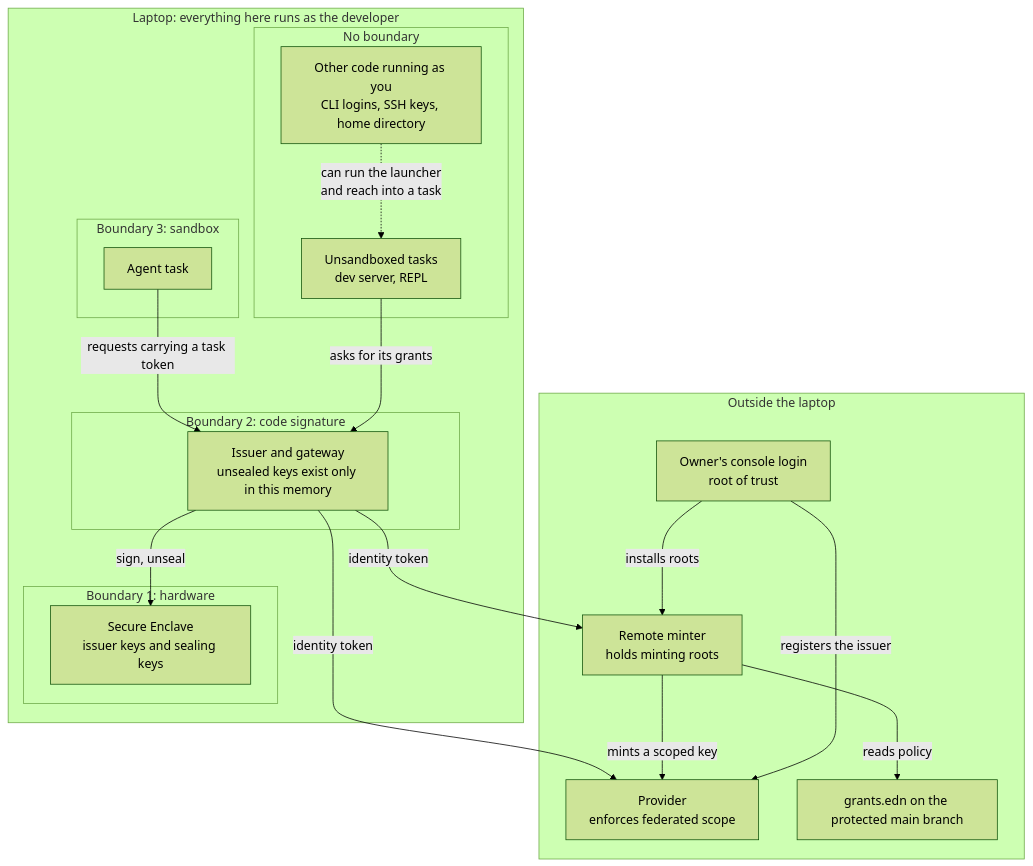
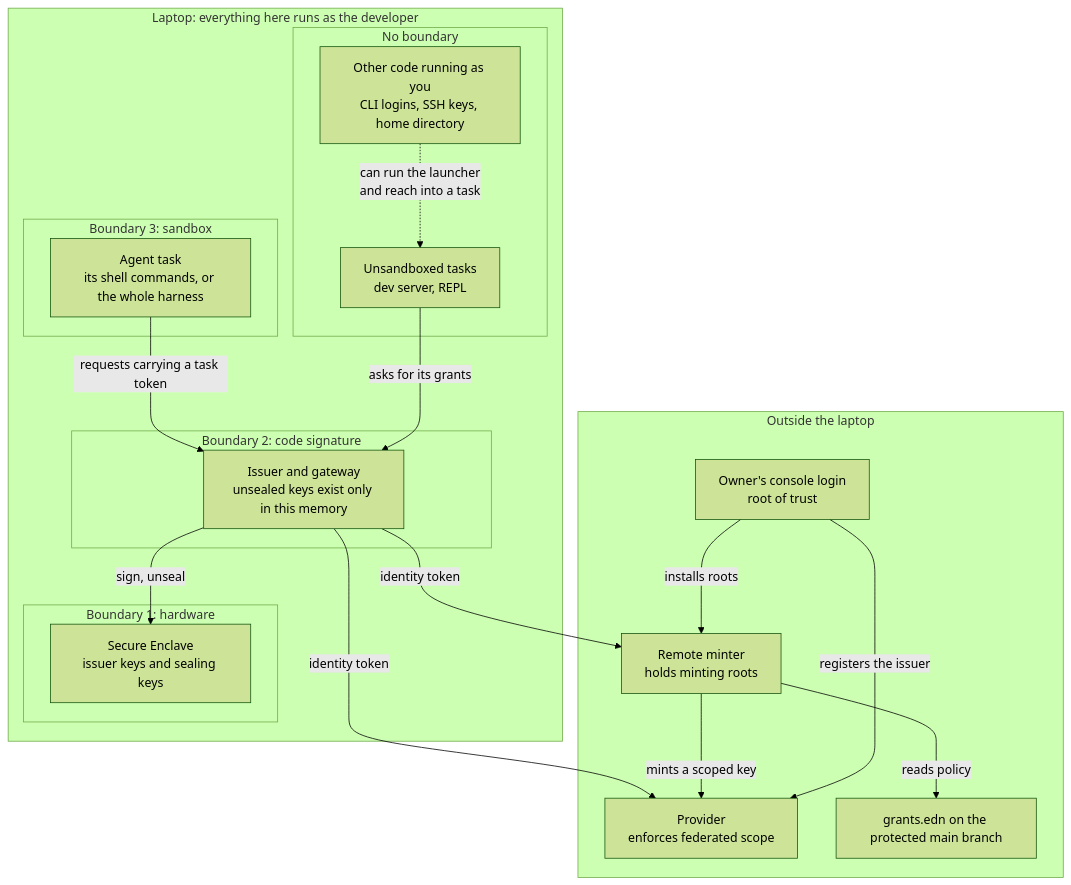
The second of 5 diagrams in doc/threat-model.md (kirahowe/grants), drawn with Mermaid (forest theme) before and after one commit. The commit also changed other lines of this file, not shown here.

````diff
--- a/doc/threat-model.md
+++ b/doc/threat-model.md
@@ -50,34 +50,34 @@
 ```mermaid
 flowchart TB
     subgraph outside["Outside the laptop"]
         OWN["Owner's console login<br/>root of trust"]
         PROV["Provider<br/>enforces federated scope"]
         MIN["Remote minter<br/>holds minting roots"]
         MAIN["grants.edn on the protected main branch"]
     end
     subgraph laptop["Laptop: everything here runs as the developer"]
         subgraph hw["Boundary 1: hardware"]
             SE["Secure Enclave<br/>issuer keys and sealing keys"]
         end
         subgraph signed["Boundary 2: code signature"]
             ISS["Issuer and gateway<br/>unsealed keys exist only in this memory"]
         end
         subgraph sandbox["Boundary 3: sandbox"]
-            AG["Agent task"]
+            AG["Agent task<br/>its shell commands, or the whole harness"]
         end
         subgraph nob["No boundary"]
             TASK["Unsandboxed tasks<br/>dev server, REPL"]
             AMB["Other code running as you<br/>CLI logins, SSH keys, home directory"]
         end
     end
     ISS -->|"sign, unseal"| SE
     AG -->|"requests carrying a task token"| ISS
     TASK -->|"asks for its grants"| ISS
     AMB -.->|"can run the launcher<br/>and reach into a task"| TASK
     ISS -->|"identity token"| PROV
     ISS -->|"identity token"| MIN
     MIN -->|"reads policy"| MAIN
     MIN -->|"mints a scoped key"| PROV
     OWN -->|"registers the issuer"| PROV
     OWN -->|"installs roots"| MIN
 ```
````
